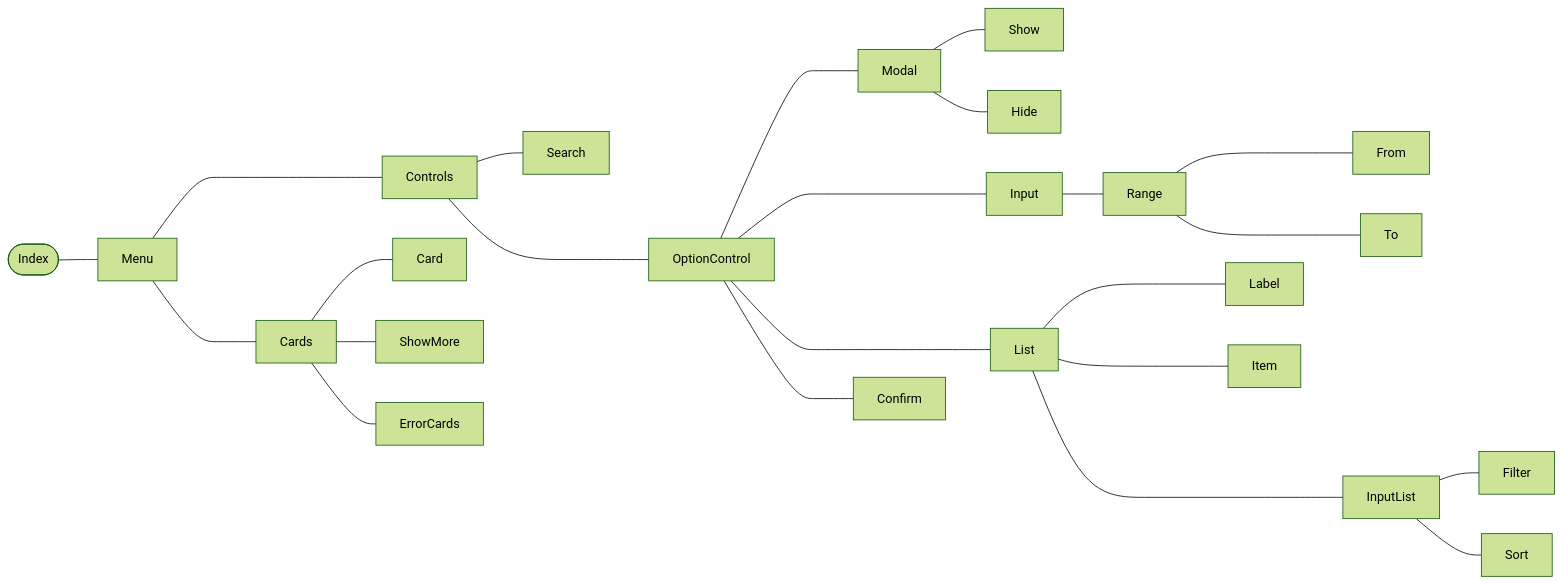
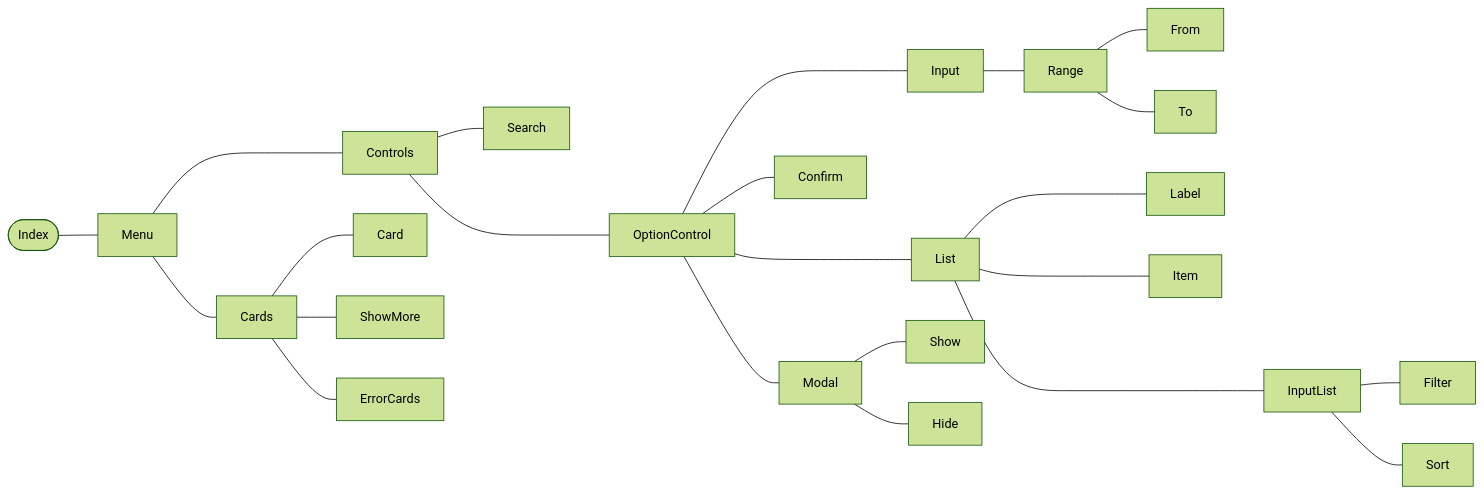
The diagram in README.md (rodrigodomingorena/para-el-readme), drawn with Mermaid (forest theme) before and after one commit.

````diff
--- a/README.md
+++ b/README.md
@@ -167,34 +167,34 @@
    ```mermaid
    flowchart LR
       index([Index]) --- menu[Menu]
       
-      menu ----- controls[Controls]
-      menu ---- cards[Cards]
+      menu ---- controls[Controls]
+      menu --- cards[Cards]
             
       controls --- search[Search]
       controls ---- option[OptionControl]
       
-      option ---- modal[Modal]
-      option ----- input[Input]
-      option ----- list[List]
-      option ---- confirm[Confirm]
+      option --- modal[Modal]
+      option ---- input[Input]
+      option ---- list[List]
+      option --- confirm[Confirm]
             
       modal --- show[Show]
       modal --- hide[Hide]
       
       input --- range[Range]
  
-      range ---- from[From]
-      range ---- to[To]
+      range --- from[From]
+      range --- to[To]
       
       list ---- label[Label]
       list ---- item[Item]
       list ----- inputlist[InputList]
       
       inputlist --- F[Filter]
       inputlist --- sort[Sort]
       
       cards --- card[Card]
       cards --- showmore[ShowMore]
       cards --- errorcards[ErrorCards]
    ```
````
